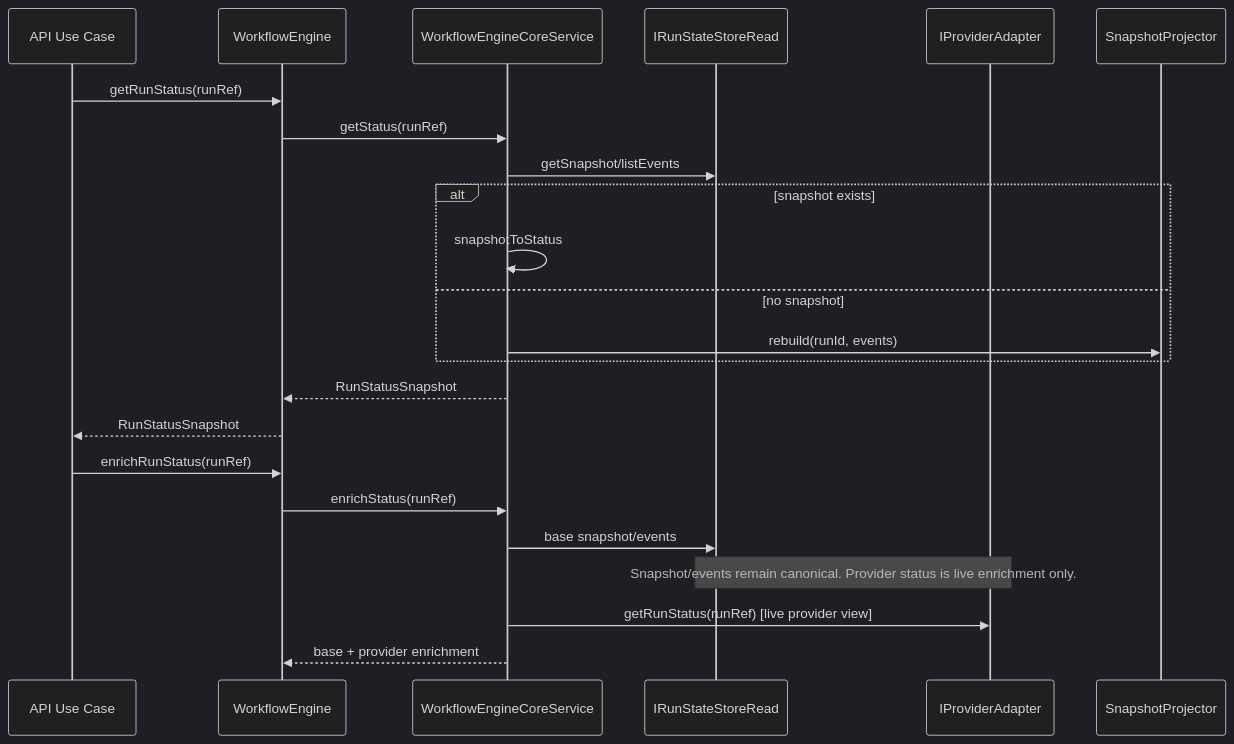
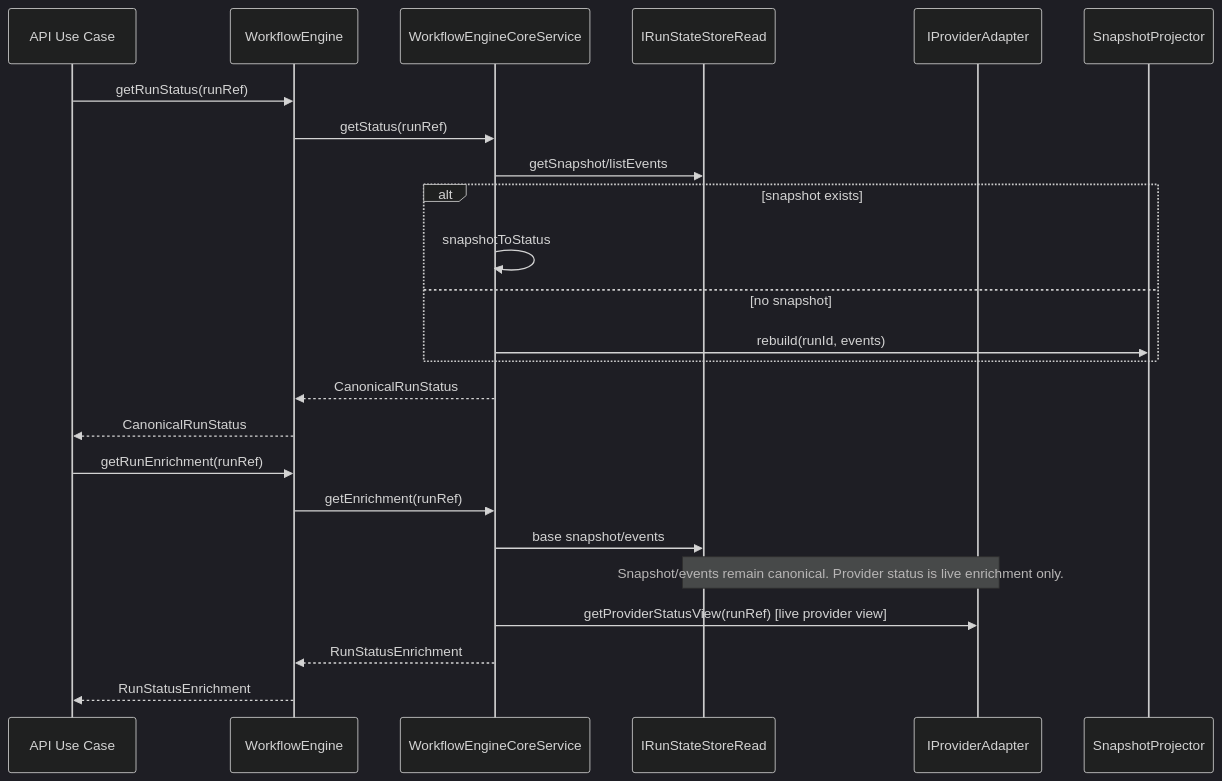
One commit to dunay2/dvt changed the fourth of 5 diagrams in docs/architecture/components/engine/architecture/workflow-engine-subsystem-context.md. Above: the diagram before and after it, drawn with Mermaid (dark theme). The commit also changed other lines of this file and 43 other files, not shown here.

Commit message:
refactor(engine): Split canonical and provider run status models

````diff
--- a/docs/architecture/components/engine/architecture/workflow-engine-subsystem-context.md
+++ b/docs/architecture/components/engine/architecture/workflow-engine-subsystem-context.md
@@ -162,27 +163,28 @@
 ```mermaid
 sequenceDiagram
   participant Client as API Use Case
   participant Engine as WorkflowEngine
   participant Core as WorkflowEngineCoreService
   participant State as IRunStateStoreRead
   participant Adapter as IProviderAdapter
   participant Projector as SnapshotProjector
 
   Client->>Engine: getRunStatus(runRef)
   Engine->>Core: getStatus(runRef)
   Core->>State: getSnapshot/listEvents
   alt snapshot exists
     Core->>Core: snapshotToStatus
   else no snapshot
     Core->>Projector: rebuild(runId, events)
   end
-  Core-->>Engine: RunStatusSnapshot
-  Engine-->>Client: RunStatusSnapshot
+  Core-->>Engine: CanonicalRunStatus
+  Engine-->>Client: CanonicalRunStatus
 
-  Client->>Engine: enrichRunStatus(runRef)
-  Engine->>Core: enrichStatus(runRef)
+  Client->>Engine: getRunEnrichment(runRef)
+  Engine->>Core: getEnrichment(runRef)
   Core->>State: base snapshot/events
   Note over State,Adapter: Snapshot/events remain canonical. Provider status is live enrichment only.
-  Core->>Adapter: getRunStatus(runRef) [live provider view]
-  Core-->>Engine: base + provider enrichment
+  Core->>Adapter: getProviderStatusView(runRef) [live provider view]
+  Core-->>Engine: RunStatusEnrichment
+  Engine-->>Client: RunStatusEnrichment
 ```
````
